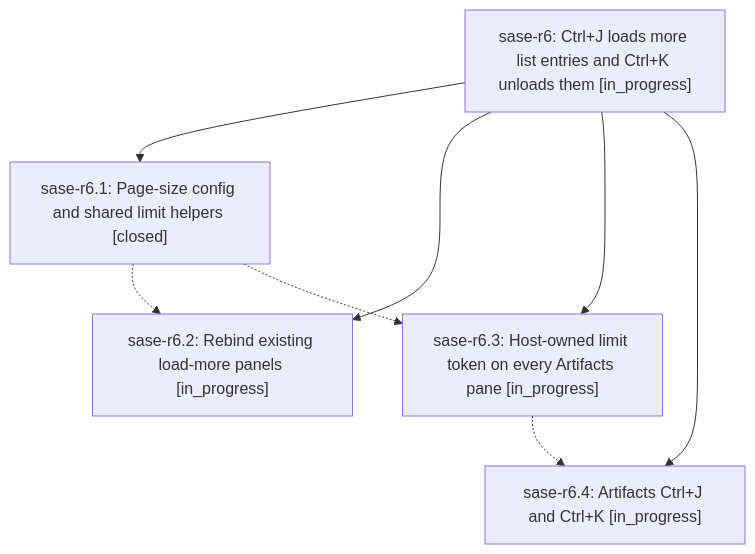
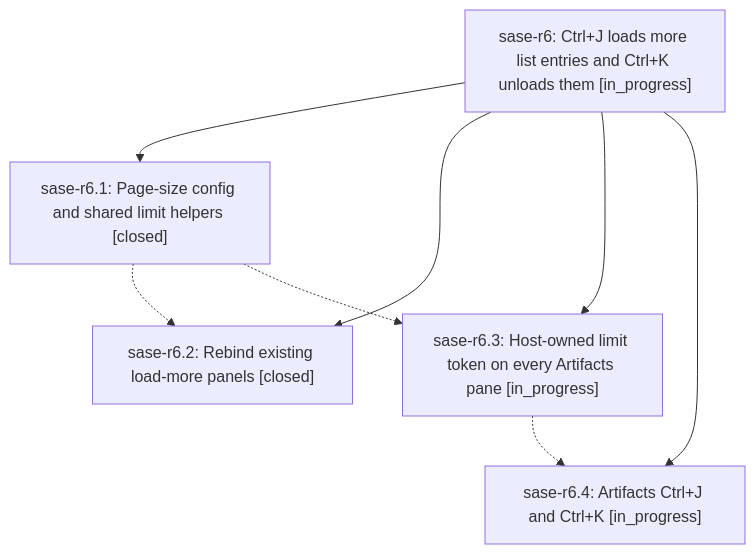
Before and after one commit to sase-org/sase--beads: the diagram in pages/sase-r6/README.md, drawn with Mermaid. The commit also changed other lines of this file and 2 other files, not shown here.

First line of the commit message:
chore(beads): sync bead state and pages for sase-r6

````diff
--- a/pages/sase-r6/README.md
+++ b/pages/sase-r6/README.md
@@ -25,15 +25,15 @@
 ```mermaid
 flowchart TD
     n0["sase-r6: Ctrl+J loads more list entries and Ctrl+K unloads them [in_progress]"]
     n1["sase-r6.1: Page-size config and shared limit helpers [closed]"]
-    n2["sase-r6.2: Rebind existing load-more panels [in_progress]"]
+    n2["sase-r6.2: Rebind existing load-more panels [closed]"]
     n3["sase-r6.3: Host-owned limit token on every Artifacts pane [in_progress]"]
     n4["sase-r6.4: Artifacts Ctrl+J and Ctrl+K [in_progress]"]
     n0 --> n1
     n0 --> n2
     n0 --> n3
     n0 --> n4
     n1 -.-> n2
     n1 -.-> n3
     n3 -.-> n4
 ```
````
